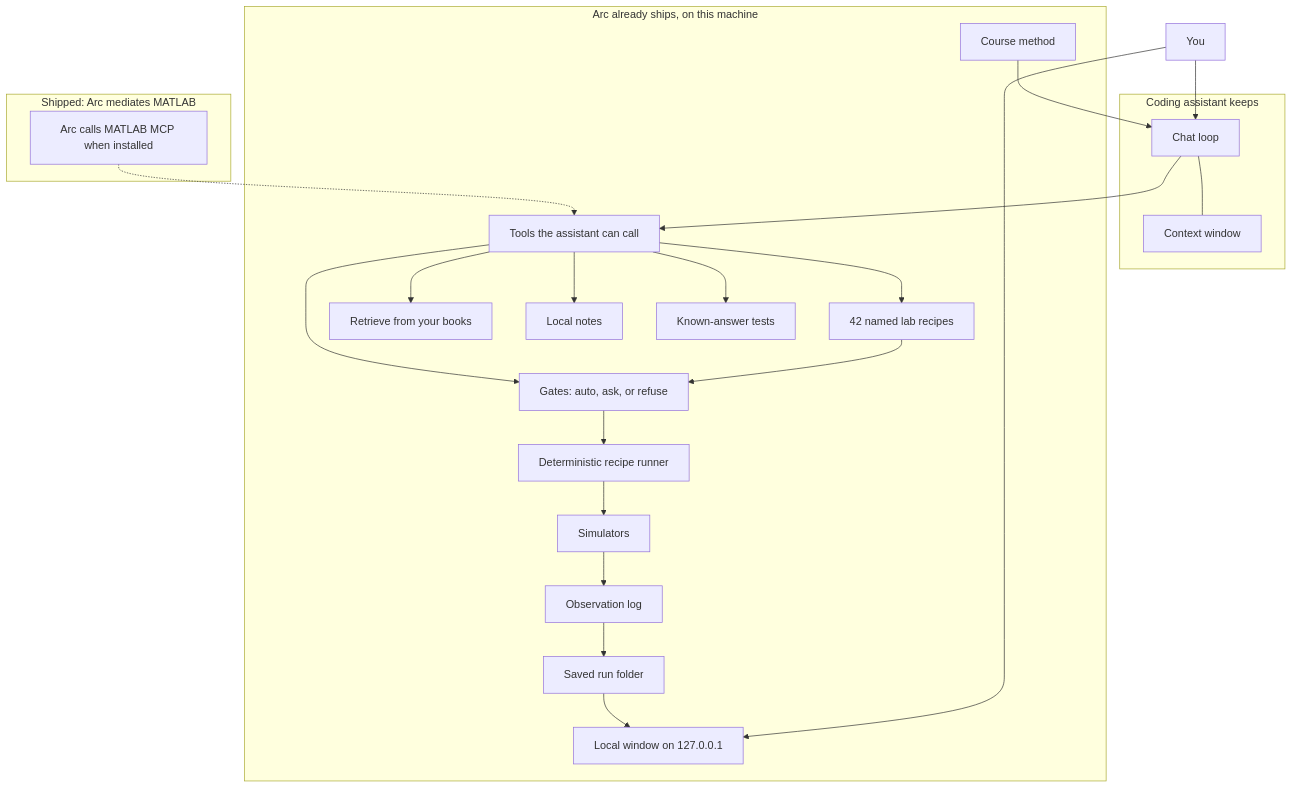
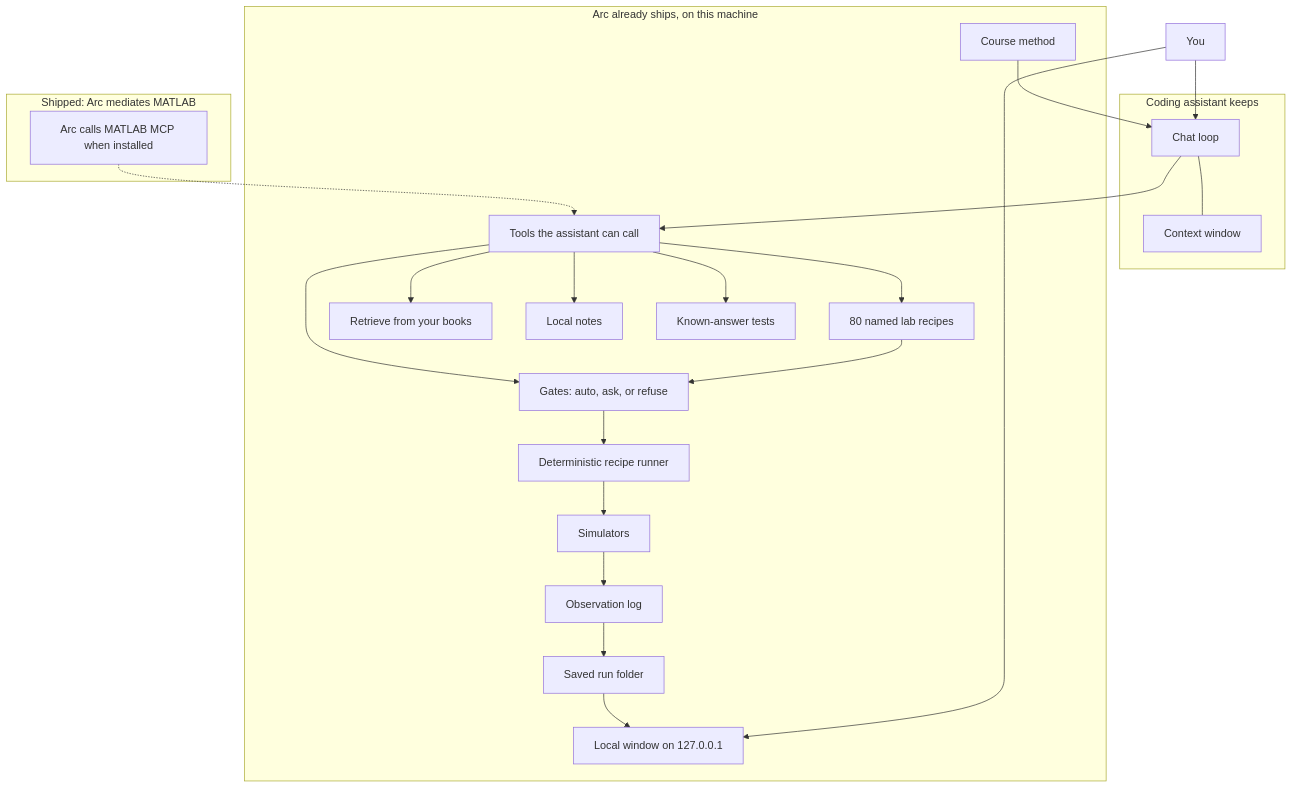
Before and after one commit to Vinayak-RZ/ARC: the first of 10 diagrams in docs/ON_THE_HARNESS.md, drawn with Mermaid. The commit also changed other lines of this file and 8 other files, not shown here.

````diff
--- a/docs/ON_THE_HARNESS.md
+++ b/docs/ON_THE_HARNESS.md
@@ -49,42 +49,42 @@
 ```mermaid
 flowchart TB
   You[You]
   subgraph host["Coding assistant keeps"]
     Loop[Chat loop]
     Ctx[Context window]
     Loop --- Ctx
   end
   subgraph arc["Arc already ships, on this machine"]
     Method[Course method]
     Tools[Tools the assistant can call]
-    Recipes[42 named lab recipes]
+    Recipes[80 named lab recipes]
     Runner[Deterministic recipe runner]
     Sims[Simulators]
     Gates[Gates: auto, ask, or refuse]
     Books[Retrieve from your books]
     Notes[Local notes]
     Observe[Observation log]
     Tests[Known-answer tests]
     Folder[Saved run folder]
     Window[Local window on 127.0.0.1]
   end
   subgraph matlab["Shipped: Arc mediates MATLAB"]
     Other[Arc calls MATLAB MCP when installed]
   end
   You --> Loop
   You --> Window
   Loop --> Tools
   Tools --> Recipes
   Recipes --> Gates
   Tools --> Gates
   Gates --> Runner
   Runner --> Sims
   Sims --> Observe
   Observe --> Folder
   Folder --> Window
   Tools --> Books
   Tools --> Notes
   Tools --> Tests
   Method --> Loop
   Other -.-> Tools
 ```
````
